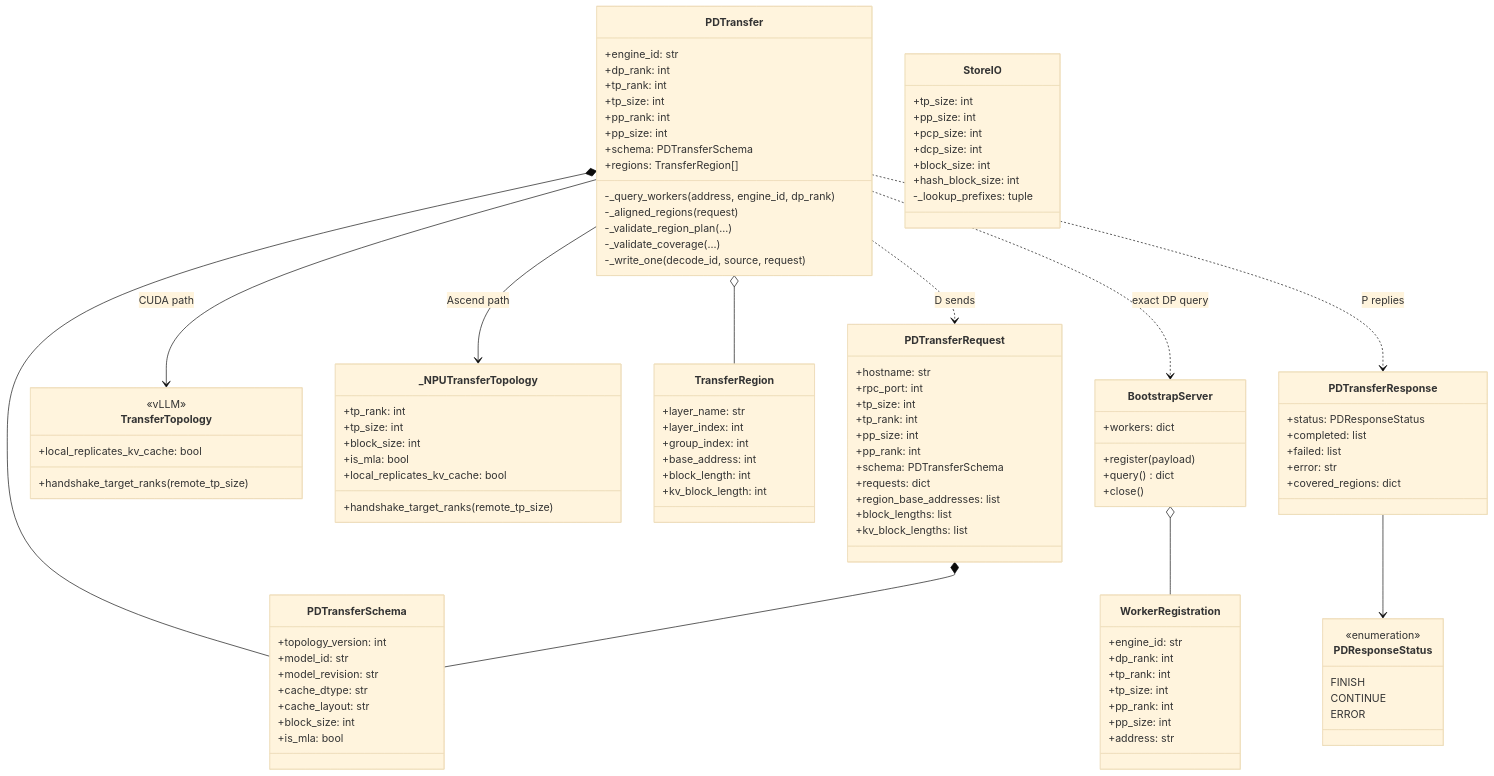
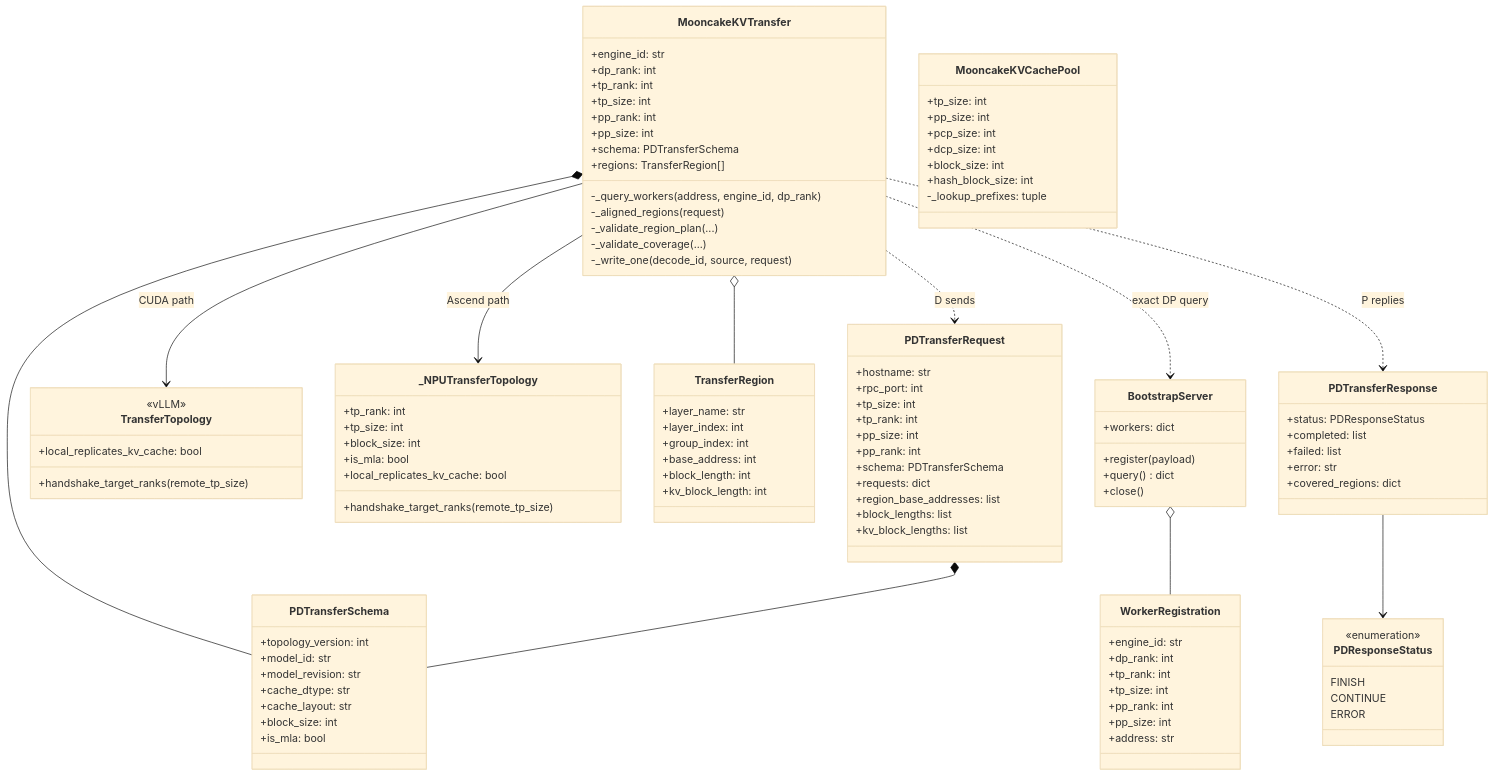
Before and after one commit to WangSu-X/MTSC: the fourth of 6 diagrams in docs/design/S03-decode设计.md, drawn with Mermaid (base theme). The commit also changed other lines of this file and 20 other files, not shown here.

Commit message:
refactor(mtsc): implement Mooncake KVCachePool and KVTransfer

````diff
--- a/docs/design/S03-decode设计.md
+++ b/docs/design/S03-decode设计.md
@@ -536,6 +542,6 @@
 ```mermaid
 classDiagram
-    class PDTransfer {
+    class MooncakeKVTransfer {
         +engine_id: str
         +dp_rank: int
         +tp_rank: int
@@ -621,7 +627,7 @@
         CONTINUE
         ERROR
     }
-    class StoreIO {
+    class MooncakeKVCachePool {
         +tp_size: int
         +pp_size: int
         +pcp_size: int
@@ -631,14 +637,14 @@
         -_lookup_prefixes: tuple
     }
 
-    PDTransfer *-- PDTransferSchema
-    PDTransfer o-- TransferRegion
-    PDTransfer --> TransferTopology : CUDA path
-    PDTransfer --> _NPUTransferTopology : Ascend path
-    PDTransfer ..> BootstrapServer : exact DP query
+    MooncakeKVTransfer *-- PDTransferSchema
+    MooncakeKVTransfer o-- TransferRegion
+    MooncakeKVTransfer --> TransferTopology : CUDA path
+    MooncakeKVTransfer --> _NPUTransferTopology : Ascend path
+    MooncakeKVTransfer ..> BootstrapServer : exact DP query
     BootstrapServer o-- WorkerRegistration
-    PDTransfer ..> PDTransferRequest : D sends
-    PDTransfer ..> PDTransferResponse : P replies
+    MooncakeKVTransfer ..> PDTransferRequest : D sends
+    MooncakeKVTransfer ..> PDTransferResponse : P replies
     PDTransferRequest *-- PDTransferSchema
     PDTransferResponse --> PDResponseStatus
 ```
````
